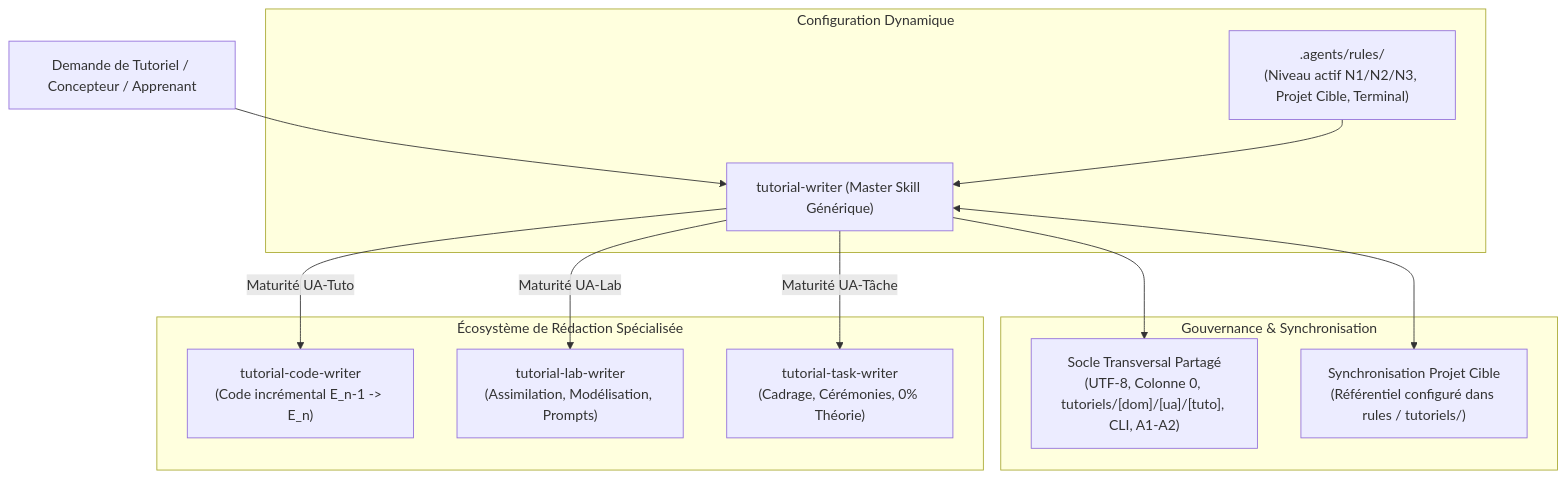
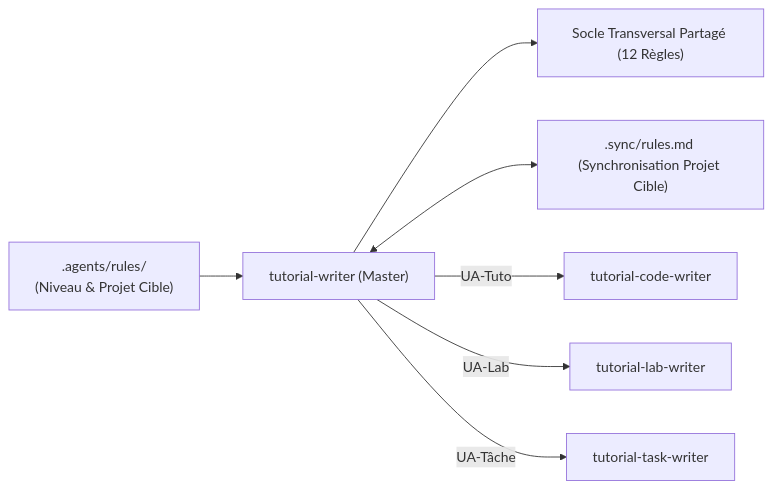
One commit to solicode-web-mobile/autoformations-professionaliser changed the diagram in .agents/skills/tutorial-writer/SKILL.md. Above: the diagram before and after it, drawn with Mermaid. The commit also changed other lines of this file and 1 other file, not shown here.

````diff
--- a/.agents/skills/tutorial-writer/SKILL.md
+++ b/.agents/skills/tutorial-writer/SKILL.md
@@ -24,19 +14,9 @@
 ```mermaid
-flowchart TD
-    User["Demande de Tutoriel / Concepteur / Apprenant"] --> Master["tutorial-writer (Master Skill Générique)"]
-    
-    subgraph Configuration Dynamique
-        Rules[".agents/rules/<br/>(Niveau actif N1/N2/N3, Projet Cible, Terminal)"] --> Master
-    end
-    
-    subgraph Gouvernance & Synchronisation
-        Master --> SharedRules["Socle Transversal Partagé<br/>(UTF-8, Colonne 0, tutoriels/[dom]/[ua]/[tuto], CLI, A1-A2)"]
-        Master <--> Sync["Synchronisation Projet Cible<br/>(Référentiel configuré dans rules / tutoriels/)"]
-    end
-    
-    subgraph Écosystème de Rédaction Spécialisée
-        Master -->|Maturité UA-Tuto| CodeWriter["tutorial-code-writer<br/>(Code incrémental E_n-1 -> E_n)"]
-        Master -->|Maturité UA-Lab| LabWriter["tutorial-lab-writer<br/>(Assimilation, Modélisation, Prompts)"]
-        Master -->|Maturité UA-Tâche| TaskWriter["tutorial-task-writer<br/>(Cadrage, Cérémonies, 0% Théorie)"]
-    end
+flowchart LR
+    Rules[".agents/rules/<br/>(Niveau & Projet Cible)"] --> Master["tutorial-writer (Master)"]
+    Master --> RulesShared["Socle Transversal Partagé (12 Règles)"]
+    Master <--> Sync[".sync/rules.md (Synchronisation Projet Cible)"]
+    Master -->|UA-Tuto| Code["tutorial-code-writer"]
+    Master -->|UA-Lab| Lab["tutorial-lab-writer"]
+    Master -->|UA-Tâche| Task["tutorial-task-writer"]
 ```
````
